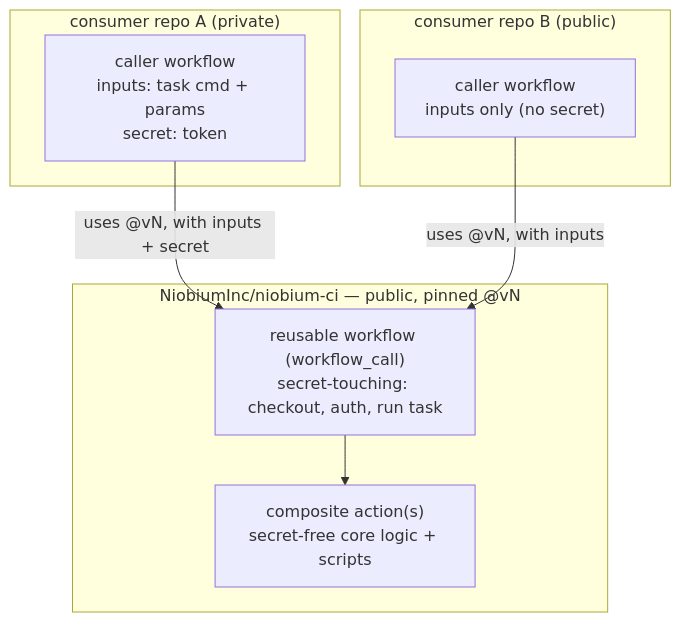
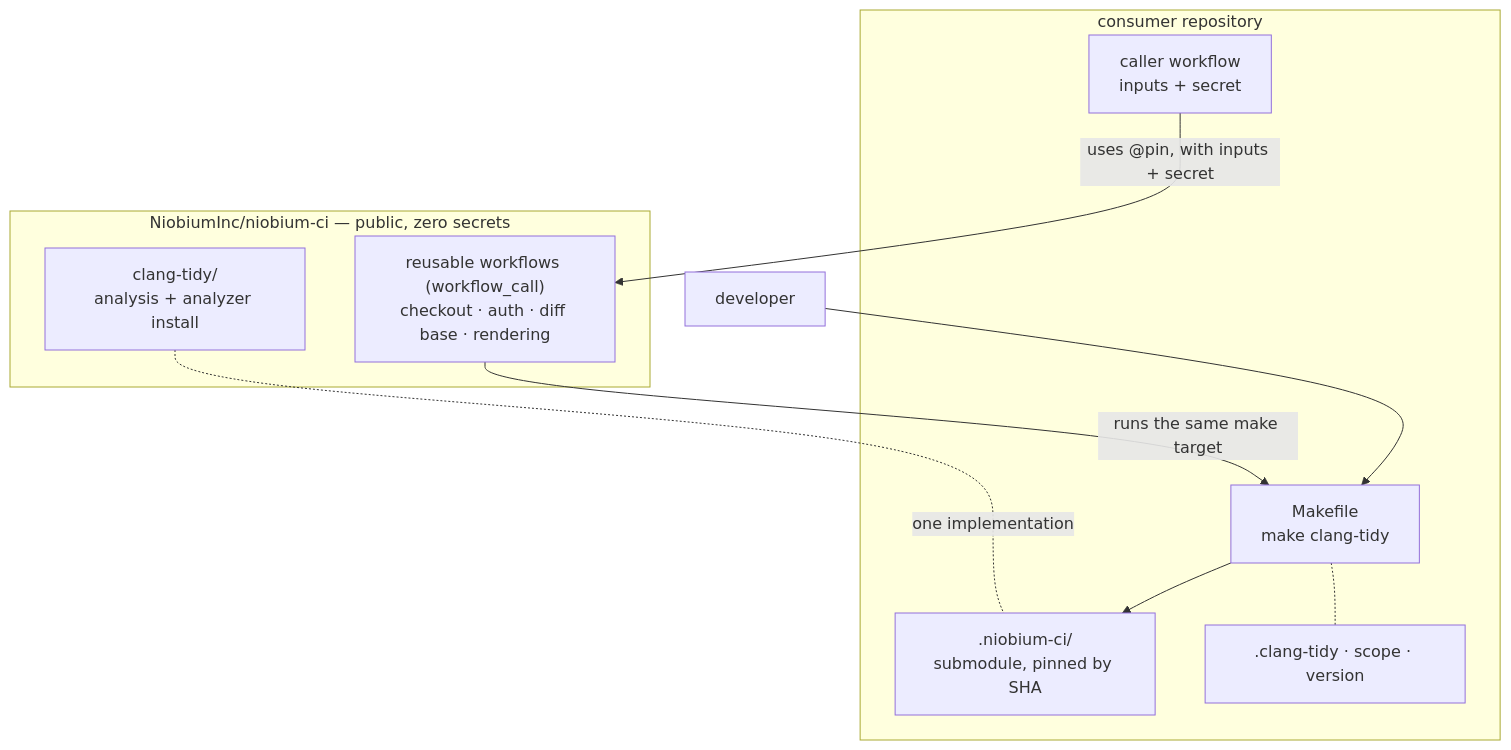
One commit to NiobiumInc/niobium-ci changed the first of 2 diagrams in README.md. Above: the diagram before and after it, drawn with Mermaid. The commit also changed other lines of this file and 8 other files, not shown here.

First line of the commit message:
feat(clang-tidy): add shared implementation and reusable workflows

````diff
--- a/README.md
+++ b/README.md
@@ -16,16 +23,19 @@
 ```mermaid
 flowchart TD
-  subgraph shared["NiobiumInc/niobium-ci — public, pinned @vN"]
-    RW["reusable workflow (workflow_call)<br/>secret-touching: checkout, auth, run task"]
-    CA["composite action(s)<br/>secret-free core logic + scripts"]
-    RW --> CA
+  subgraph shared["NiobiumInc/niobium-ci — public, zero secrets"]
+    RW["reusable workflows (workflow_call)<br/>checkout · auth · diff base · rendering"]
+    SC["clang-tidy/<br/>analysis + analyzer install"]
   end
-  subgraph repoA["consumer repo A (private)"]
-    A["caller workflow<br/>inputs: task cmd + params<br/>secret: token"]
+  subgraph consumer["consumer repository"]
+    CW["caller workflow<br/>inputs + secret"]
+    MK["Makefile<br/>make clang-tidy"]
+    SM[".niobium-ci/<br/>submodule, pinned by SHA"]
+    CFG[".clang-tidy · scope · version"]
   end
-  subgraph repoB["consumer repo B (public)"]
-    B["caller workflow<br/>inputs only (no secret)"]
-  end
-  A -- "uses @vN, with inputs + secret" --> RW
-  B -- "uses @vN, with inputs" --> RW
+  DEV["developer"] --> MK
+  CW -- "uses @pin, with inputs + secret" --> RW
+  RW -- "runs the same make target" --> MK
+  MK --> SM
+  MK -.- CFG
+  SC -. "one implementation" .- SM
 ```
````
